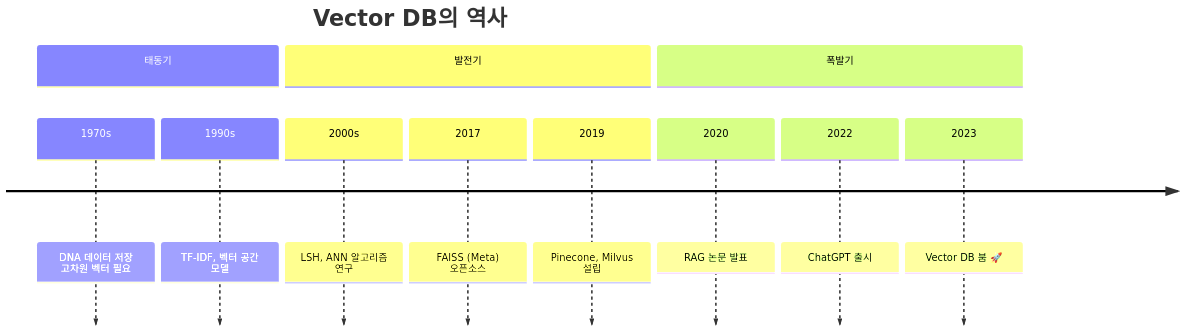
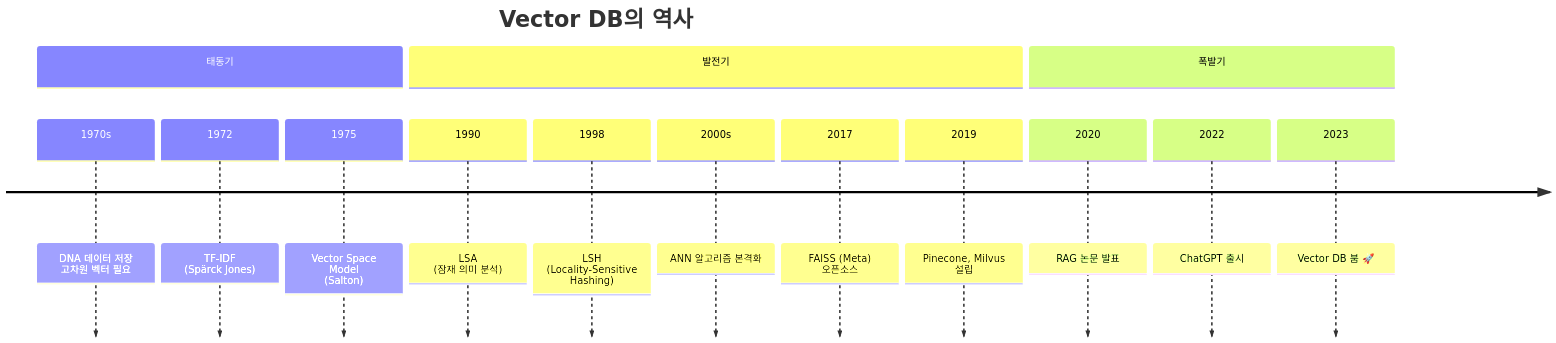
Before and after one commit to sskim91/TIL: the first of 5 diagrams in ai/Vector-DB-AI-시대에-갑자기-뜬-이유.md, drawn with Mermaid. The commit also changed other lines of this file and 36 other files, not shown here.

````diff
--- a/ai/Vector-DB-AI-시대에-갑자기-뜬-이유.md
+++ b/ai/Vector-DB-AI-시대에-갑자기-뜬-이유.md
@@ -9,15 +9,18 @@
 ```mermaid
 timeline
     title Vector DB의 역사
     section 태동기
         1970s : DNA 데이터 저장<br>고차원 벡터 필요
-        1990s : TF-IDF, 벡터 공간 모델
+        1972 : TF-IDF<br>(Spärck Jones)
+        1975 : Vector Space Model<br>(Salton)
     section 발전기
-        2000s : LSH, ANN 알고리즘 연구
+        1990 : LSA<br>(잠재 의미 분석)
+        1998 : LSH<br>(Locality-Sensitive Hashing)
+        2000s : ANN 알고리즘 본격화
         2017 : FAISS (Meta) 오픈소스
         2019 : Pinecone, Milvus 설립
     section 폭발기
         2020 : RAG 논문 발표
         2022 : ChatGPT 출시
         2023 : Vector DB 붐 🚀
 ```
````
